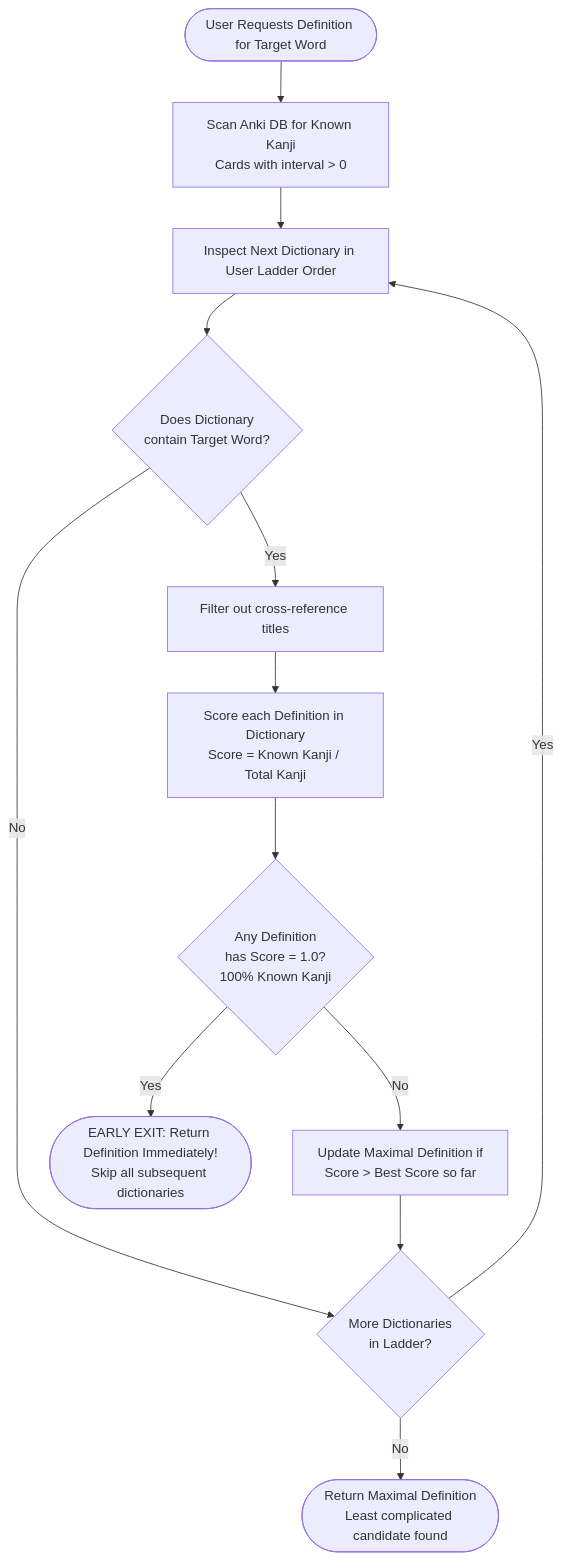
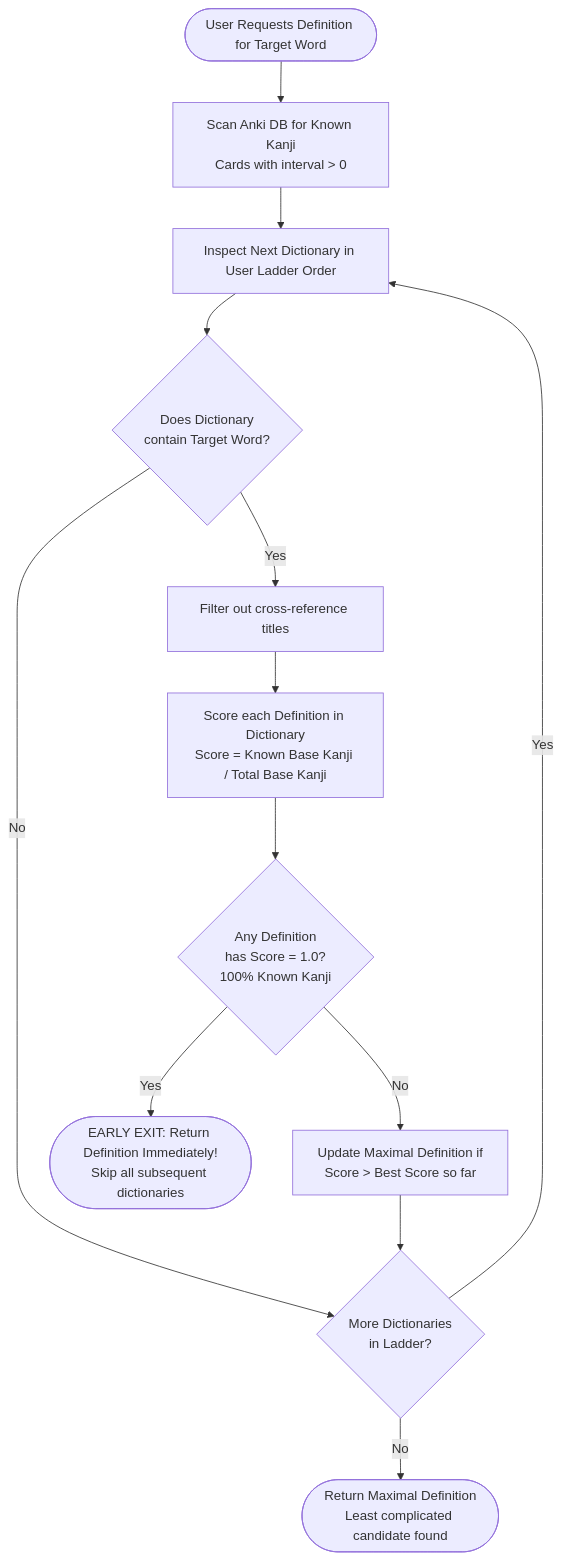
One commit to mansourvery-hub/CompreDef changed the diagram in WIKI.md. Above: the diagram before and after it, drawn with Mermaid. The commit also changed other lines of this file and 6 other files, not shown here.

````diff
--- a/WIKI.md
+++ b/WIKI.md
@@ -15,21 +15,21 @@
 ```mermaid
 flowchart TD
     Start([User Requests Definition for Target Word]) --> ScanDB[Scan Anki DB for Known Kanji<br>Cards with interval > 0]
     ScanDB --> LoopDicts[Inspect Next Dictionary in User Ladder Order]
-    
+
     LoopDicts --> LookupWord{Does Dictionary<br>contain Target Word?}
     LookupWord -- No --> HasMoreDicts{More Dictionaries<br>in Ladder?}
-    
+
     LookupWord -- Yes --> FilterRefs[Filter out cross-reference titles]
-    FilterRefs --> ScoreDefs[Score each Definition in Dictionary<br>Score = Known Kanji / Total Kanji]
-    
+    FilterRefs --> ScoreDefs[Score each Definition in Dictionary<br>Score = Known Base Kanji / Total Base Kanji]
+
     ScoreDefs --> Check100{Any Definition<br>has Score = 1.0?<br>100% Known Kanji}
-    
+
     Check100 -- Yes --> EarlyExit([EARLY EXIT: Return Definition Immediately!<br>Skip all subsequent dictionaries])
-    
+
     Check100 -- No --> TrackBest[Update Maximal Definition if<br>Score > Best Score so far]
     TrackBest --> HasMoreDicts
-    
+
     HasMoreDicts -- Yes --> LoopDicts
     HasMoreDicts -- No --> ReturnMaximal([Return Maximal Definition<br>Least complicated candidate found])
 ```
````
